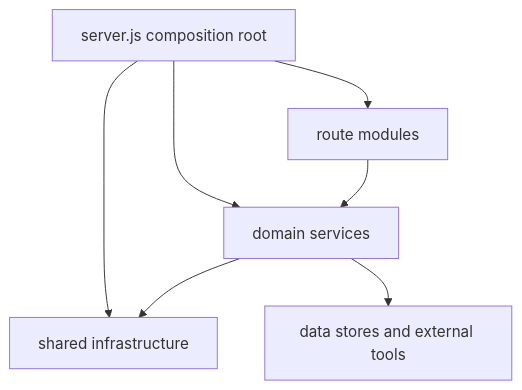
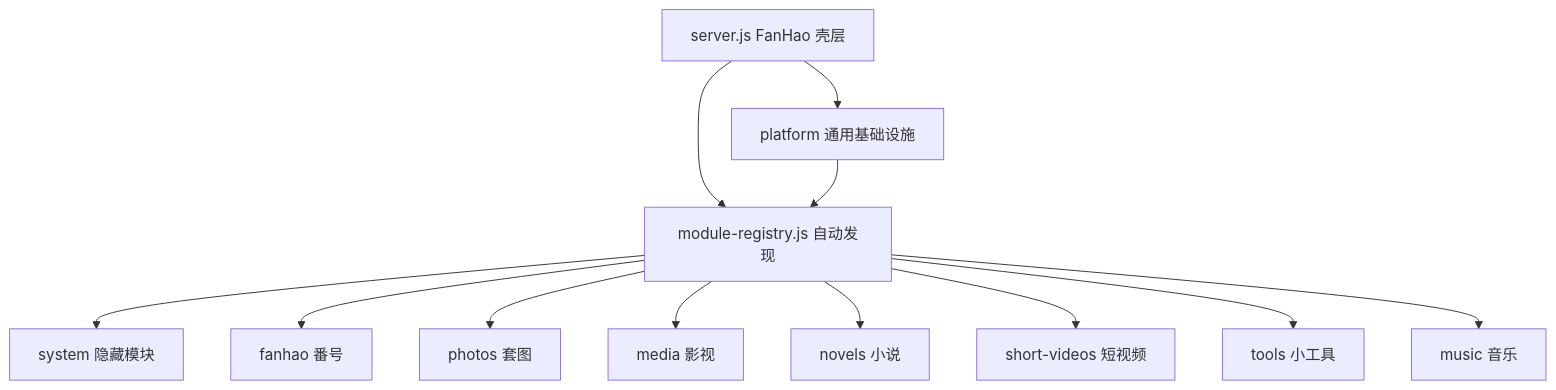
One commit to xincheng213618/FanHao changed the first of 2 diagrams in docs/server-architecture.md. Above: the diagram before and after it, drawn with Mermaid. The commit also changed other lines of this file and 308 other files, not shown here.

First line of the commit message:
Refactor FanHao into independent modules

````diff
--- a/docs/server-architecture.md
+++ b/docs/server-architecture.md
@@ -114,15 +7,14 @@
 ```mermaid
 flowchart TD
-  Server["server.js composition root"]
-  Routes["route modules"]
-  Domain["domain services"]
-  Shared["shared infrastructure"]
-  Data["data stores and external tools"]
-
-  Server --> Routes
-  Server --> Domain
-  Server --> Shared
-  Routes --> Domain
-  Domain --> Shared
-  Domain --> Data
+  Shell["server.js FanHao 壳层"] --> Registry["module-registry.js 自动发现"]
+  Registry --> System["system 隐藏模块"]
+  Registry --> Fanhao["fanhao 番号"]
+  Registry --> Photos["photos 套图"]
+  Registry --> Media["media 影视"]
+  Registry --> Novels["novels 小说"]
+  Registry --> Short["short-videos 短视频"]
+  Registry --> Tools["tools 小工具"]
+  Registry --> Music["music 音乐"]
+  Shell --> Platform["platform 通用基础设施"]
+  Platform --> Registry
 ```
````
